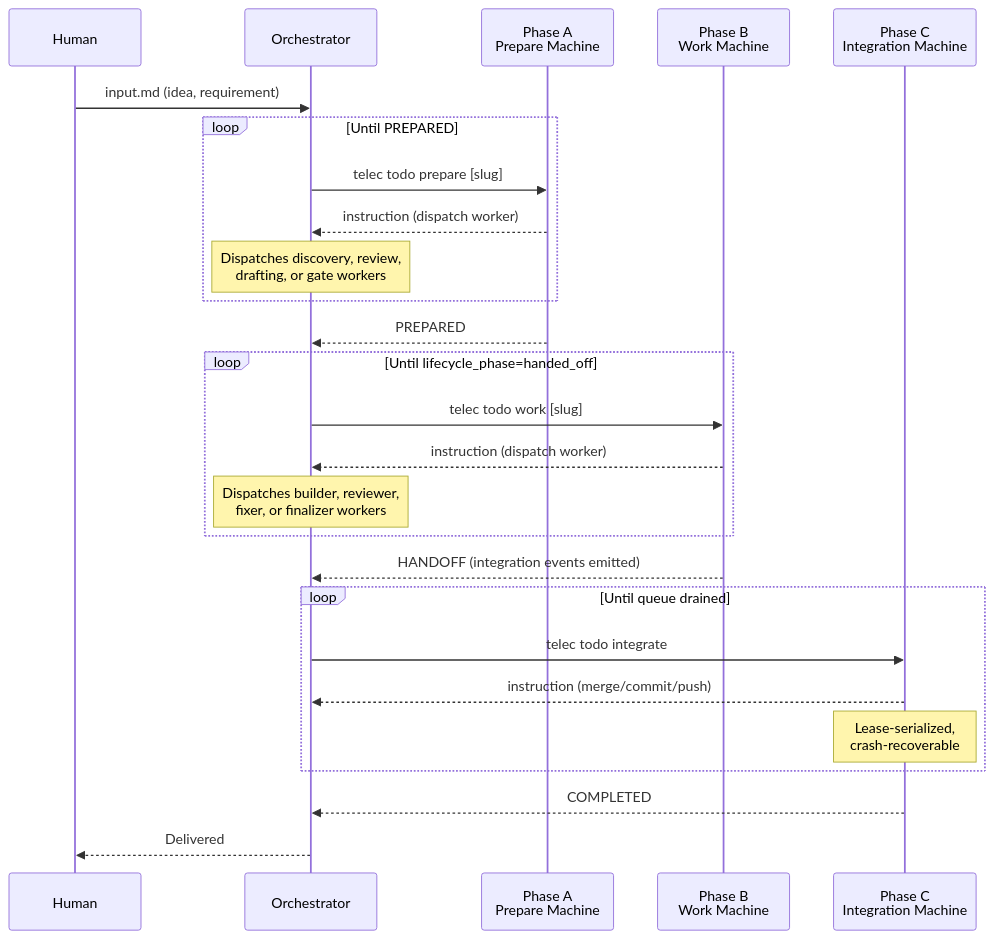
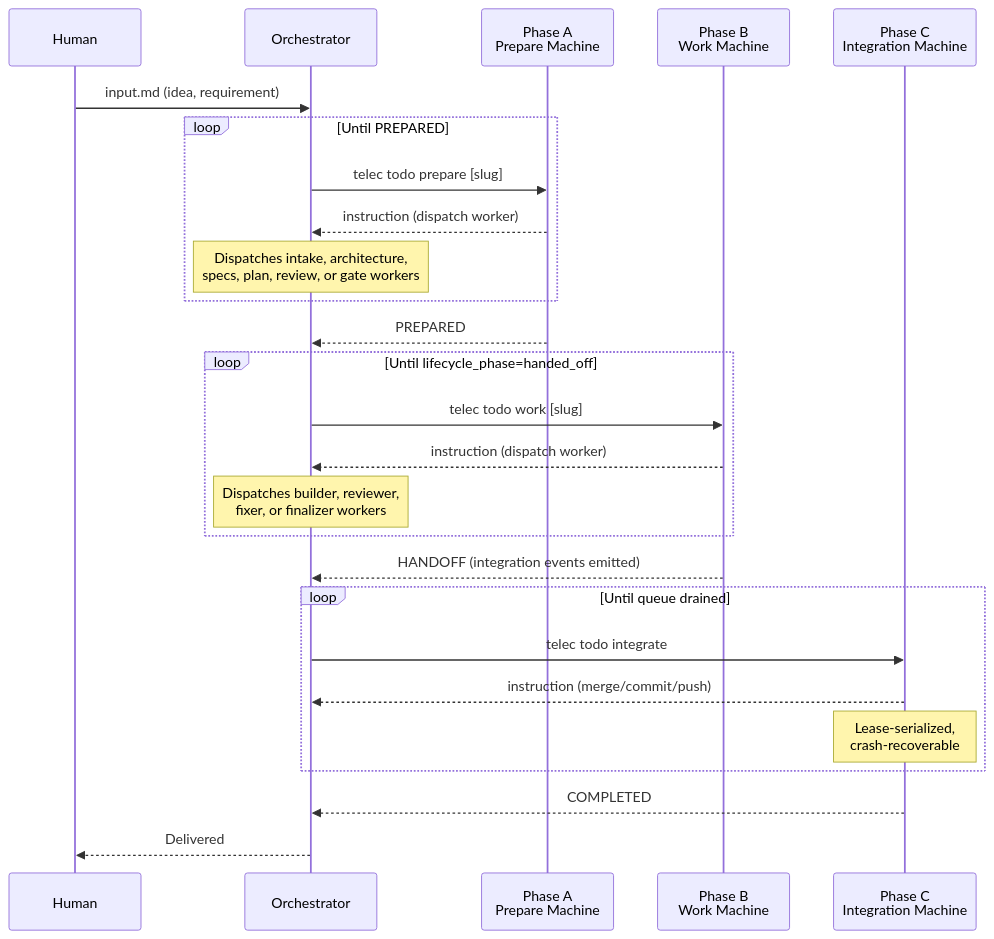
The second of 3 diagrams in docs/project/design/architecture/lifecycle-state-machines.md (InstruktAI/TeleClaude), drawn with Mermaid before and after one commit. The commit also changed other lines of this file and 89 other files, not shown here.

````diff
--- a/docs/project/design/architecture/lifecycle-state-machines.md
+++ b/docs/project/design/architecture/lifecycle-state-machines.md
@@ -102,32 +106,32 @@
 ```mermaid
 sequenceDiagram
     participant Human
     participant Orchestrator
     participant Prepare as Phase A<br/>Prepare Machine
     participant Work as Phase B<br/>Work Machine
     participant Integrate as Phase C<br/>Integration Machine
 
     Human->>Orchestrator: input.md (idea, requirement)
 
     loop Until PREPARED
         Orchestrator->>Prepare: telec todo prepare [slug]
         Prepare-->>Orchestrator: instruction (dispatch worker)
-        Note over Orchestrator: Dispatches discovery, review,<br/>drafting, or gate workers
+        Note over Orchestrator: Dispatches intake, architecture,<br/>specs, plan, review, or gate workers
     end
     Prepare-->>Orchestrator: PREPARED
 
     loop Until lifecycle_phase=handed_off
         Orchestrator->>Work: telec todo work [slug]
         Work-->>Orchestrator: instruction (dispatch worker)
         Note over Orchestrator: Dispatches builder, reviewer,<br/>fixer, or finalizer workers
     end
     Work-->>Orchestrator: HANDOFF (integration events emitted)
 
     loop Until queue drained
         Orchestrator->>Integrate: telec todo integrate
         Integrate-->>Orchestrator: instruction (merge/commit/push)
         Note over Integrate: Lease-serialized,<br/>crash-recoverable
     end
     Integrate-->>Orchestrator: COMPLETED
     Orchestrator-->>Human: Delivered
 ```
````
